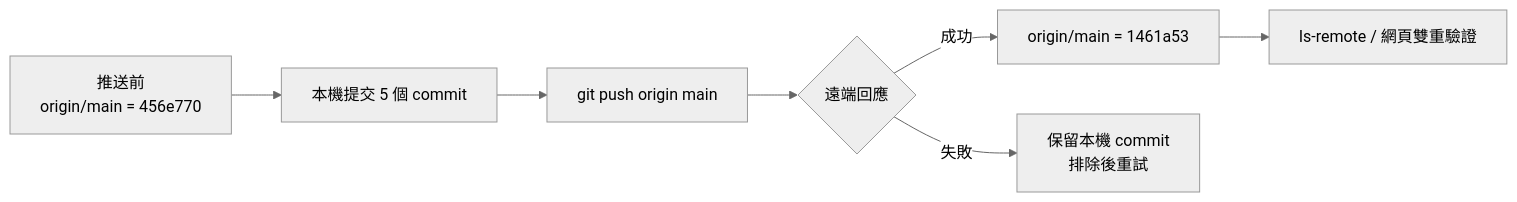
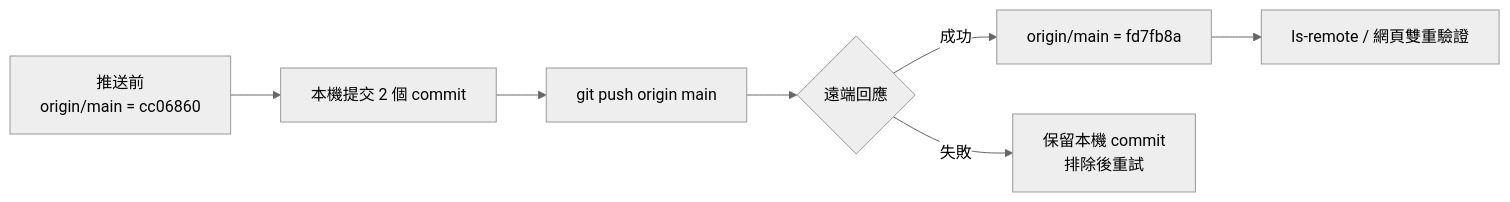
The first of 4 diagrams in docs/PUSH-RECORD.md (yd7148/INDUSTRY-4.0), drawn with Mermaid (neutral theme) before and after one commit. The commit also changed other lines of this file, not shown here.

````diff
--- a/docs/PUSH-RECORD.md
+++ b/docs/PUSH-RECORD.md
@@ -24,9 +24,9 @@
 ```mermaid
 flowchart LR
-    A["推送前<br/>origin/main = 456e770"] --> B["本機提交 5 個 commit"]
+    A["推送前<br/>origin/main = cc06860"] --> B["本機提交 2 個 commit"]
     B --> C["git push origin main"]
     C --> D{"遠端回應"}
-    D -->|成功| E["origin/main = 1461a53"]
+    D -->|成功| E["origin/main = fd7fb8a"]
     D -->|失敗| F["保留本機 commit<br/>排除後重試"]
     E --> G["ls-remote / 網頁雙重驗證"]
 ```
````
